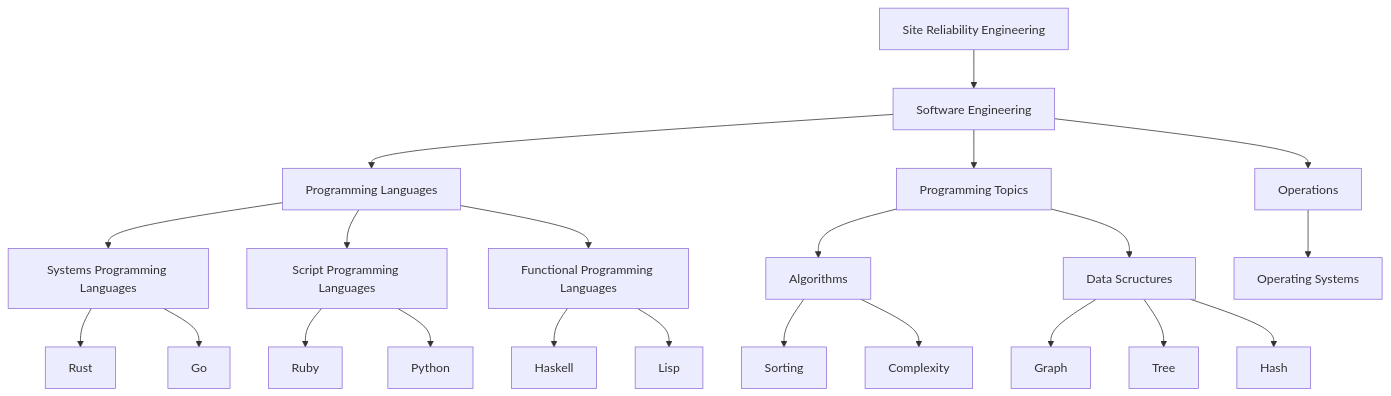
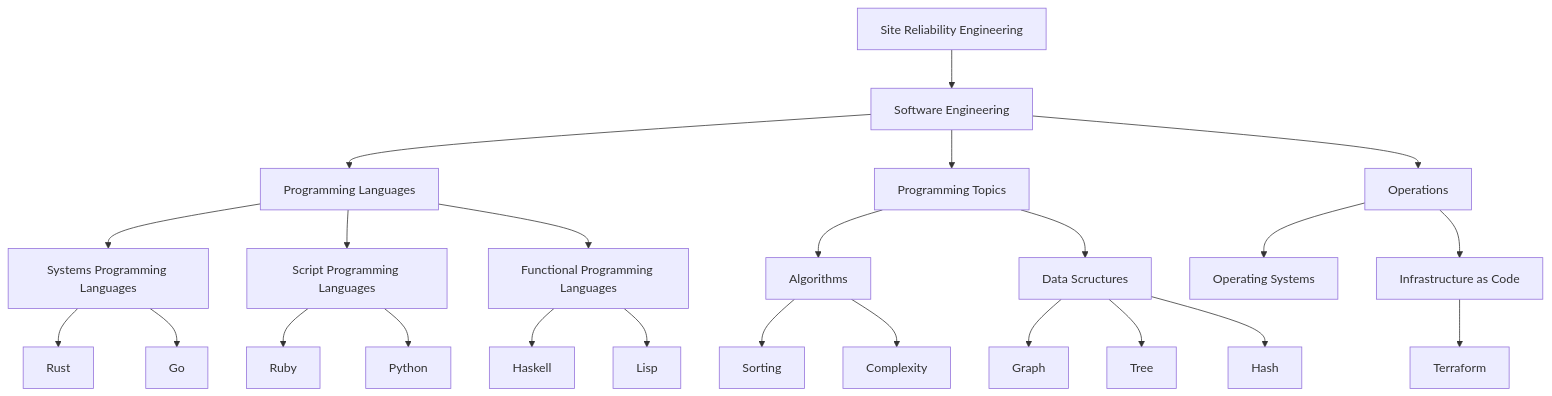
One commit to marceloboeira/sre changed the diagram in resources/topic-graph.mmd. Above: the diagram before and after it, drawn with Mermaid. The commit also changed 2 other files, not shown here.

Commit message:
Add Infrastructure as Code + Terraform Basics

```diff
--- a/resources/topic-graph.mmd
+++ b/resources/topic-graph.mmd
@@ -1,24 +1,26 @@
 graph TD
   SRE[Site Reliability Engineering]
 
   SRE --> SW[Software Engineering]
   SW --> PL[Programming Languages]
     PL --> SysPL[Systems Programming Languages]
       SysPL --> Rust
       SysPL --> Go
     PL --> ScrPL[Script Programming Languages]
       ScrPL --> Ruby
       ScrPL --> Python
     PL --> FunPL[Functional Programming Languages]
       FunPL --> Haskell
       FunPL --> Lisp
   SW --> PT[Programming Topics]
     PT --> ALG[Algorithms]
       ALG --> SRT[Sorting]
       ALG --> CPX[Complexity]
     PT --> DS[Data Scructures]
       DS --> Graph[Graph]
       DS --> T3[Tree]
       DS --> HS[Hash]
   SW --> OPS[Operations]
       OPS --> OS[Operating Systems]
+      OPS --> IaC[Infrastructure as Code]
+        IaC --> TF[Terraform]
```
